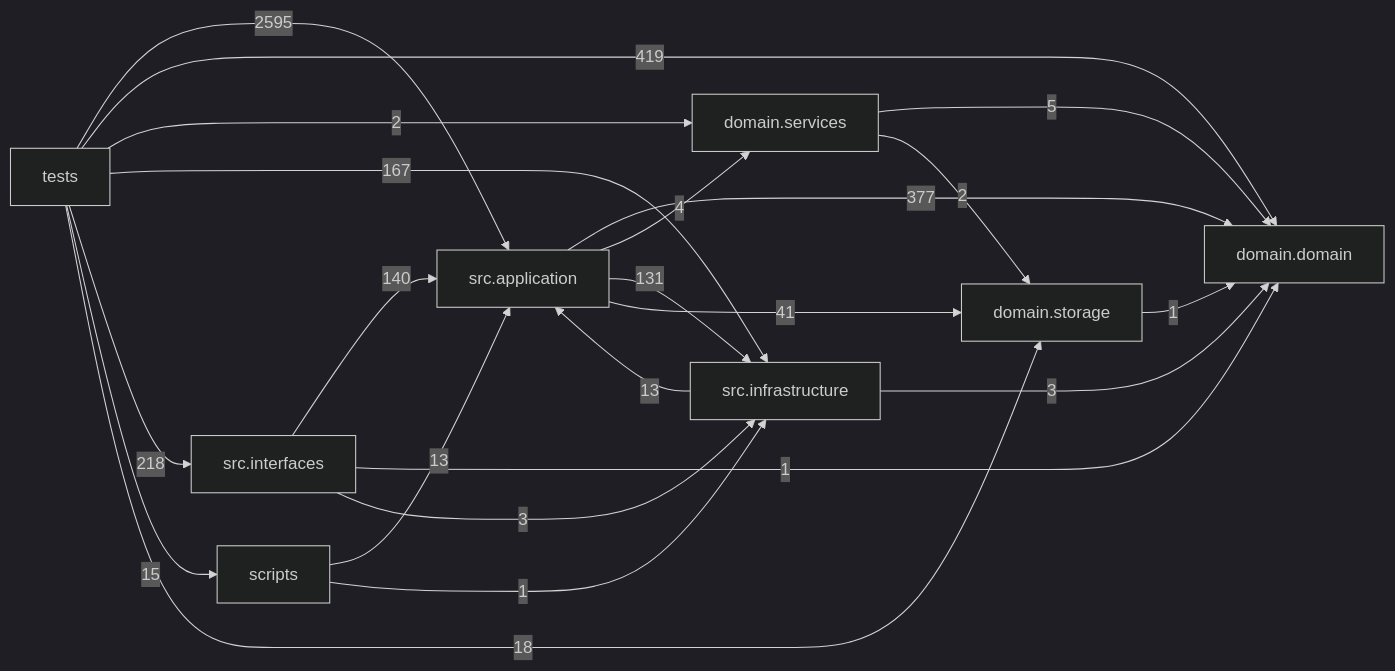
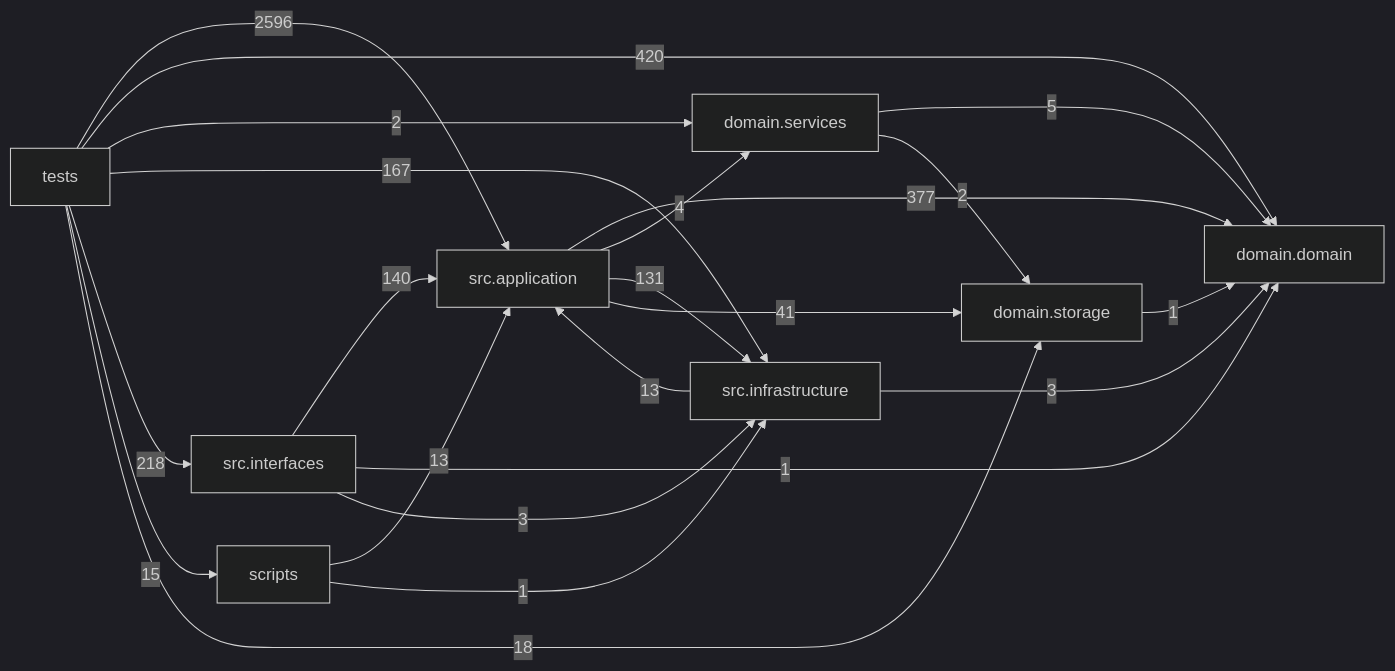
The diagram in docs/DEPENDENCY_GRAPH.md (liuxie066/options-monitor), drawn with Mermaid (dark theme) before and after one commit. The commit also changed other lines of this file and 13 other files, not shown here.

````diff
--- a/docs/DEPENDENCY_GRAPH.md
+++ b/docs/DEPENDENCY_GRAPH.md
@@ -24,32 +24,32 @@
 ```mermaid
 flowchart LR
   tests["tests"]
   scripts["scripts"]
   interfaces["src.interfaces"]
   application["src.application"]
   infrastructure["src.infrastructure"]
   domain_services["domain.services"]
   domain["domain.domain"]
   storage["domain.storage"]
   application -->|377| domain
   application -->|4| domain_services
   application -->|131| infrastructure
   application -->|41| storage
   domain_services -->|5| domain
   domain_services -->|2| storage
   infrastructure -->|13| application
   infrastructure -->|3| domain
   interfaces -->|140| application
   interfaces -->|1| domain
   interfaces -->|3| infrastructure
   scripts -->|13| application
   scripts -->|1| infrastructure
   storage -->|1| domain
-  tests -->|2595| application
-  tests -->|419| domain
+  tests -->|2596| application
+  tests -->|420| domain
   tests -->|2| domain_services
   tests -->|167| infrastructure
   tests -->|218| interfaces
   tests -->|15| scripts
   tests -->|18| storage
 ```
````
